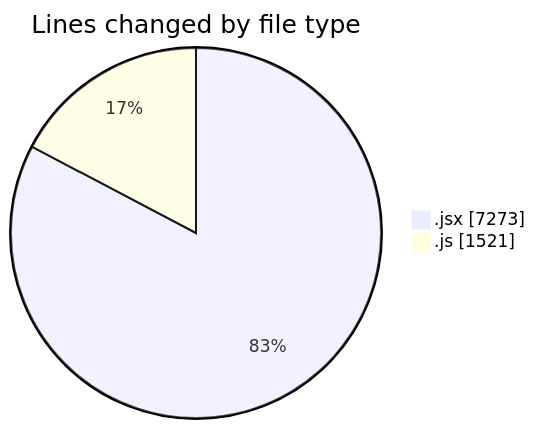
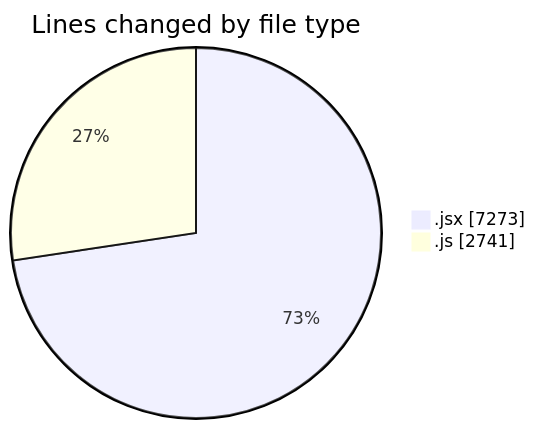
One commit to nxtqubesakshisongat/code-tracking changed the first of 2 diagrams in 2025-12-11/nxtqube_webapp/README.md. Above: the diagram before and after it, drawn with Mermaid. The commit also changed other lines of this file and 1 other file, not shown here.

````diff
--- a/2025-12-11/nxtqube_webapp/README.md
+++ b/2025-12-11/nxtqube_webapp/README.md
@@ -32,6 +33,6 @@
 ```mermaid
 pie showData
 title Lines changed by file type
 ".jsx" : 7273
-".js" : 1521
+".js" : 2741
 ```
````
